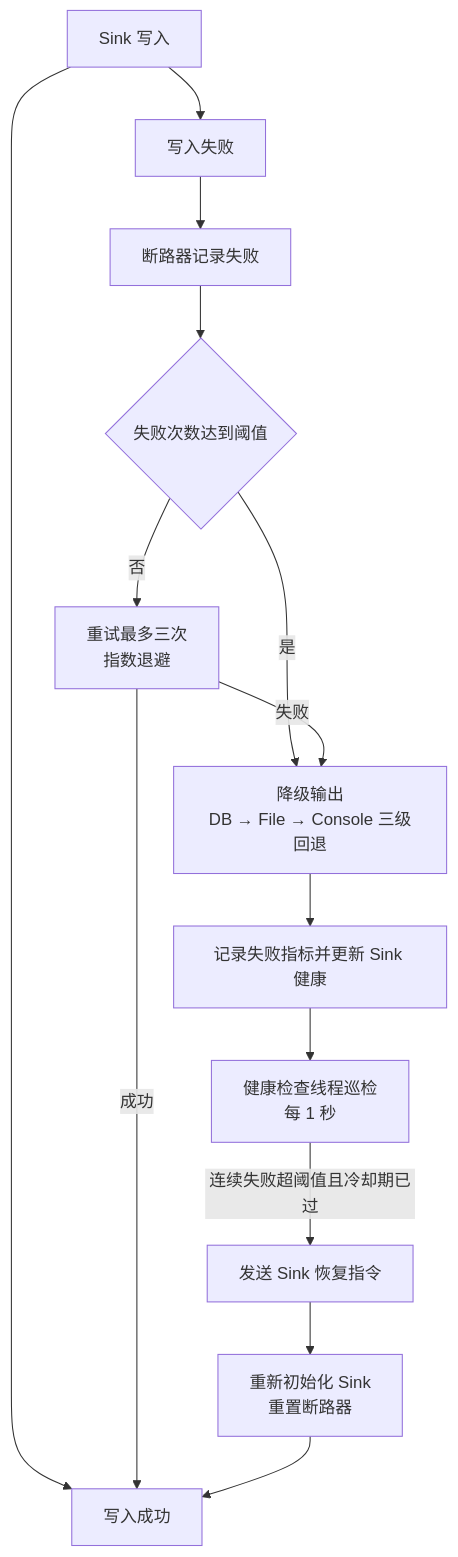
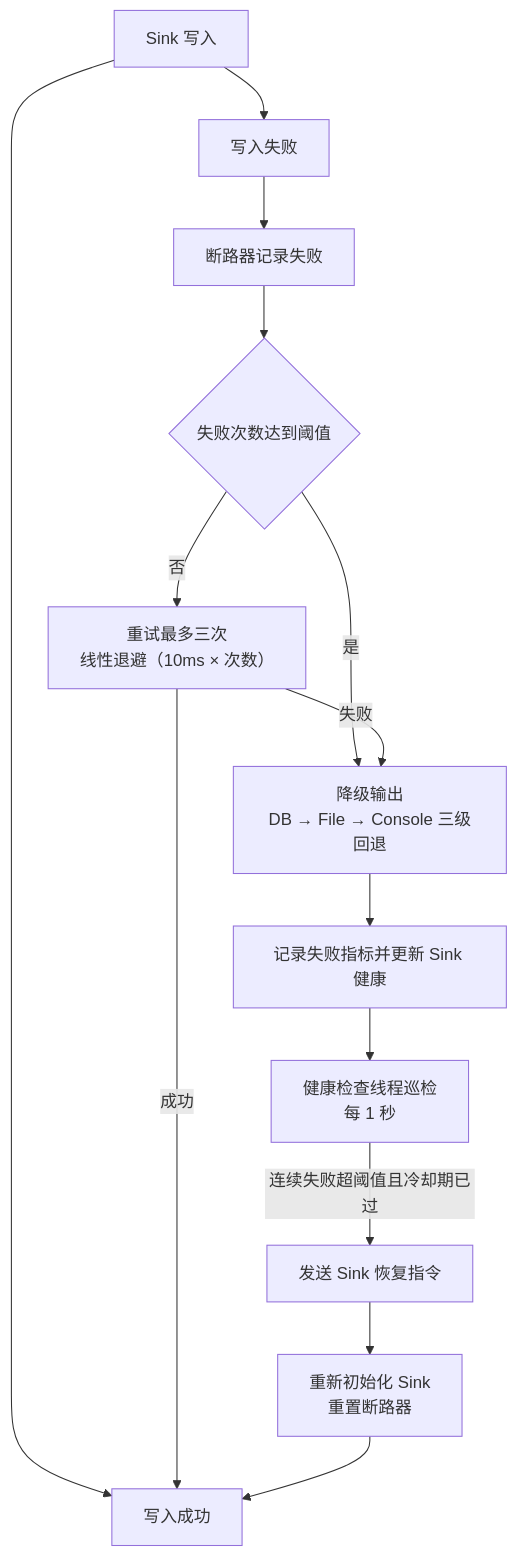
Before and after one commit to Kirky-X/inklog: the fourth of 4 diagrams in docs/ARCHITECTURE.md, drawn with Mermaid. The commit also changed other lines of this file and 77 other files, not shown here.

````diff
--- a/docs/ARCHITECTURE.md
+++ b/docs/ARCHITECTURE.md
@@ -332,16 +332,16 @@
 ```mermaid
 flowchart TD
     W["Sink 写入"] --> OK["写入成功"]
     W --> ERR["写入失败"]
     ERR --> CB["断路器记录失败"]
     CB --> THR{"失败次数达到阈值"}
     THR -->|"是"| DEG["降级输出<br/>DB → File → Console 三级回退"]
-    THR -->|"否"| RETRY["重试最多三次<br/>指数退避"]
+    THR -->|"否"| RETRY["重试最多三次<br/>线性退避（10ms × 次数）"]
     RETRY -->|"成功"| OK
     RETRY -->|"失败"| DEG
     DEG --> MET["记录失败指标并更新 Sink 健康"]
     MET --> HC["健康检查线程巡检<br/>每 1 秒"]
     HC -->|"连续失败超阈值且冷却期已过"| RECOVER["发送 Sink 恢复指令"]
     RECOVER --> REINIT["重新初始化 Sink<br/>重置断路器"]
     REINIT --> OK
 ```
````
